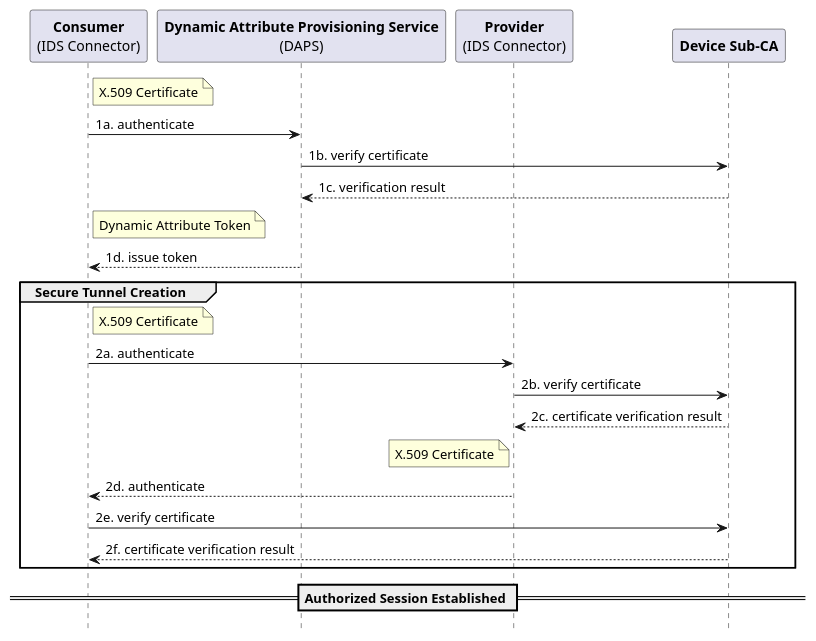
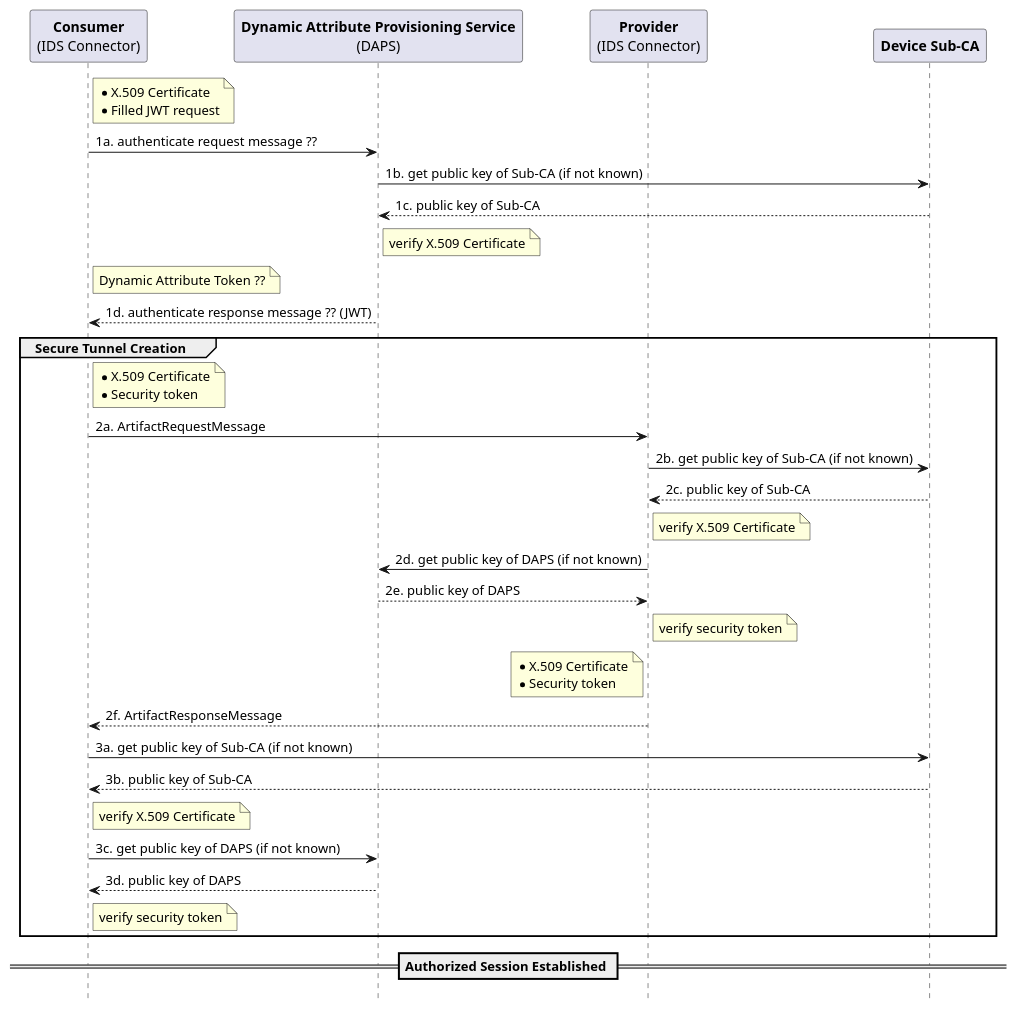
The diagram in establish_authenticated_connection.plantuml (IndustrialDataSpace/Documentation), drawn with PlantUML before and after one commit. The commit also changed 3 other files, not shown here.

Commit message:
proposing ideas regarding DAPS and Sub-CA interactions and contract negotiation

```diff
--- a/establish_authenticated_connection.plantuml
+++ b/establish_authenticated_connection.plantuml
@@ -1,37 +1,49 @@
 @startuml
 
 hide footbox
 
 participant "**Consumer**\n(IDS Connector)" as C
 participant "**Dynamic Attribute Provisioning Service**\n(DAPS)" as DAPS
 participant "**Provider**\n(IDS Connector)" as P
 participant "**Device Sub-CA**" as DSC
 
-note right of C: X.509 Certificate
-C -> DAPS: 1a. authenticate
+note right of C: *X.509 Certificate\n*Filled JWT request
+C -> DAPS: 1a. authenticate request message ??
 
-DAPS -> DSC: 1b. verify certificate
-DSC --> DAPS: 1c. verification result
+DAPS -> DSC: 1b. get public key of Sub-CA (if not known)
+DSC --> DAPS: 1c. public key of Sub-CA
+note right of DAPS: verify X.509 Certificate
 
-note right of C: Dynamic Attribute Token
-DAPS --> C: 1d. issue token
+note right of C: Dynamic Attribute Token ??
+DAPS --> C: 1d. authenticate response message ?? (JWT)
 
 group Secure Tunnel Creation
 
-note right of C: X.509 Certificate
-C -> P: 2a. authenticate
+note right of C: *X.509 Certificate\n*Security token
+C -> P: 2a. ArtifactRequestMessage
 
-P -> DSC: 2b. verify certificate
-DSC --> P: 2c. certificate verification result
+P -> DSC: 2b. get public key of Sub-CA (if not known)
+DSC --> P: 2c. public key of Sub-CA
+note right of P: verify X.509 Certificate
 
-note left of P: X.509 Certificate
-P --> C: 2d. authenticate
+DAPS <- P: 2d. get public key of DAPS (if not known)
+DAPS --> P: 2e. public key of DAPS
+note right of P: verify security token
 
-C -> DSC: 2e. verify certificate
-DSC --> C: 2f. certificate verification result
+note left of P: *X.509 Certificate\n*Security token
+P --> C: 2f. ArtifactResponseMessage
+
+C -> DSC: 3a. get public key of Sub-CA (if not known)
+DSC --> C: 3b. public key of Sub-CA
+note right of C: verify X.509 Certificate
+
+C -> DAPS: 3c. get public key of DAPS (if not known)
+DAPS --> C: 3d. public key of DAPS
+note right of C: verify security token
+
 
 end
 
 == Authorized Session Established ==
 
 @enduml
```
